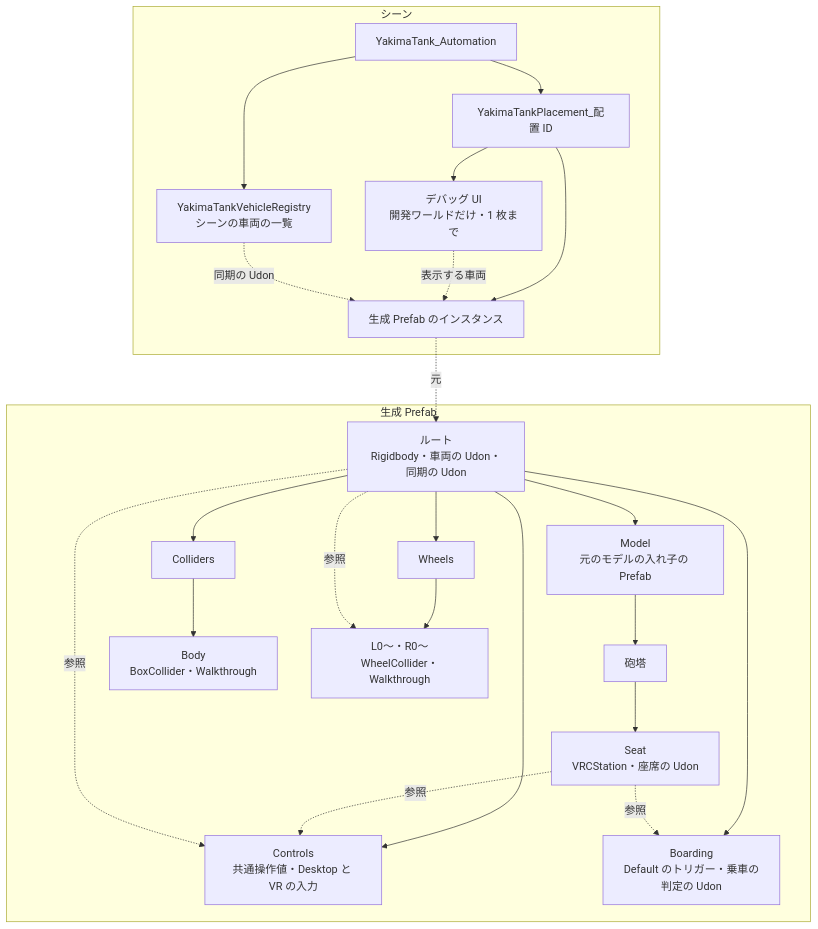
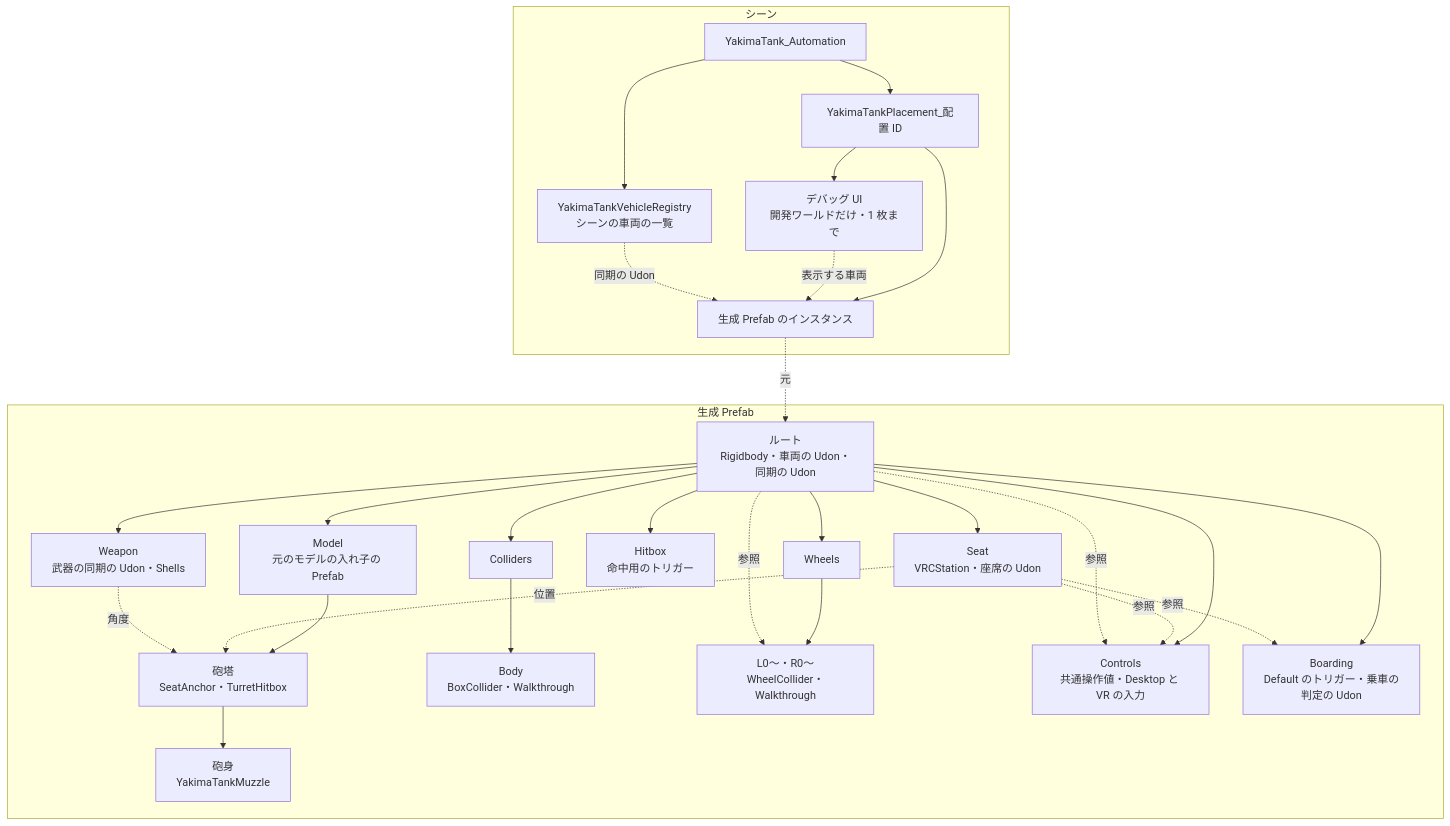
Before and after one commit to yakimannzyuu/YakimaTank: the diagram in Docs/03_Architecture/diagrams/generated-prefab.md, drawn with Mermaid. The commit also changed other lines of this file and 9 other files, not shown here.

First line of the commit message:
Release 0.5.0: Aim the turret and fire shells

````diff
--- a/Docs/03_Architecture/diagrams/generated-prefab.md
+++ b/Docs/03_Architecture/diagrams/generated-prefab.md
@@ -5,24 +5,29 @@
 ```mermaid
 flowchart TB
   subgraph scene[シーン]
     root[YakimaTank_Automation] --> holder[YakimaTankPlacement_配置 ID]
     holder --> instance[生成 Prefab のインスタンス]
     holder --> panel[デバッグ UI<br/>開発ワールドだけ・1 枚まで]
     root --> registry[YakimaTankVehicleRegistry<br/>シーンの車両の一覧]
   end
   subgraph prefab[生成 Prefab]
     top[ルート<br/>Rigidbody・車両の Udon・同期の Udon] --> model[Model<br/>元のモデルの入れ子の Prefab]
-    model --> turret[砲塔] --> seat[Seat<br/>VRCStation・座席の Udon]
+    model --> turret[砲塔<br/>SeatAnchor・TurretHitbox] --> barrel[砲身<br/>YakimaTankMuzzle]
+    top --> seat[Seat<br/>VRCStation・座席の Udon]
+    top --> weapon[Weapon<br/>武器の同期の Udon・Shells]
+    top --> hitbox[Hitbox<br/>命中用のトリガー]
     top --> colliders[Colliders] --> body[Body<br/>BoxCollider・Walkthrough]
     top --> wheels[Wheels] --> wheel[L0〜・R0〜<br/>WheelCollider・Walkthrough]
     top --> controls[Controls<br/>共通操作値・Desktop と VR の入力]
     top --> boarding[Boarding<br/>Default のトリガー・乗車の判定の Udon]
   end
   instance -.元.-> top
   panel -.表示する車両.-> instance
   registry -.同期の Udon.-> instance
   seat -.参照.-> controls
+  seat -.位置.-> turret
+  weapon -.角度.-> turret
   seat -.参照.-> boarding
   top -.参照.-> wheel
   top -.参照.-> controls
 ```
````
